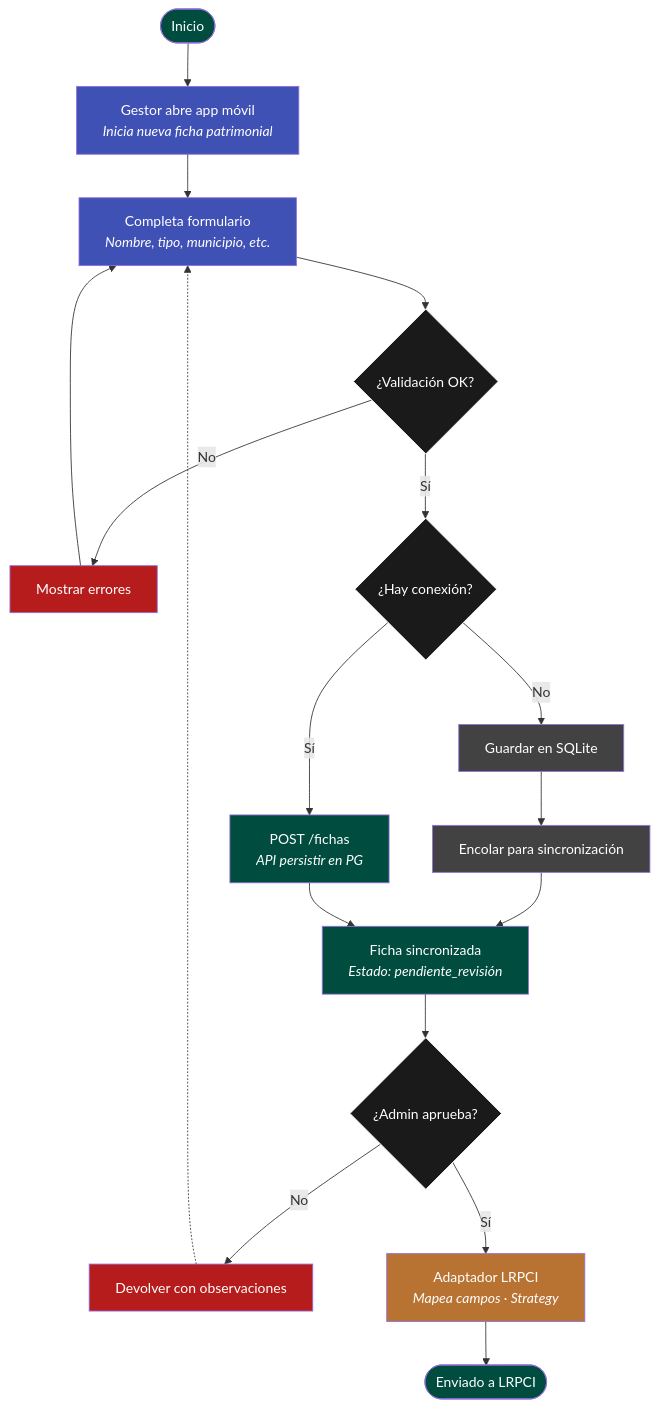
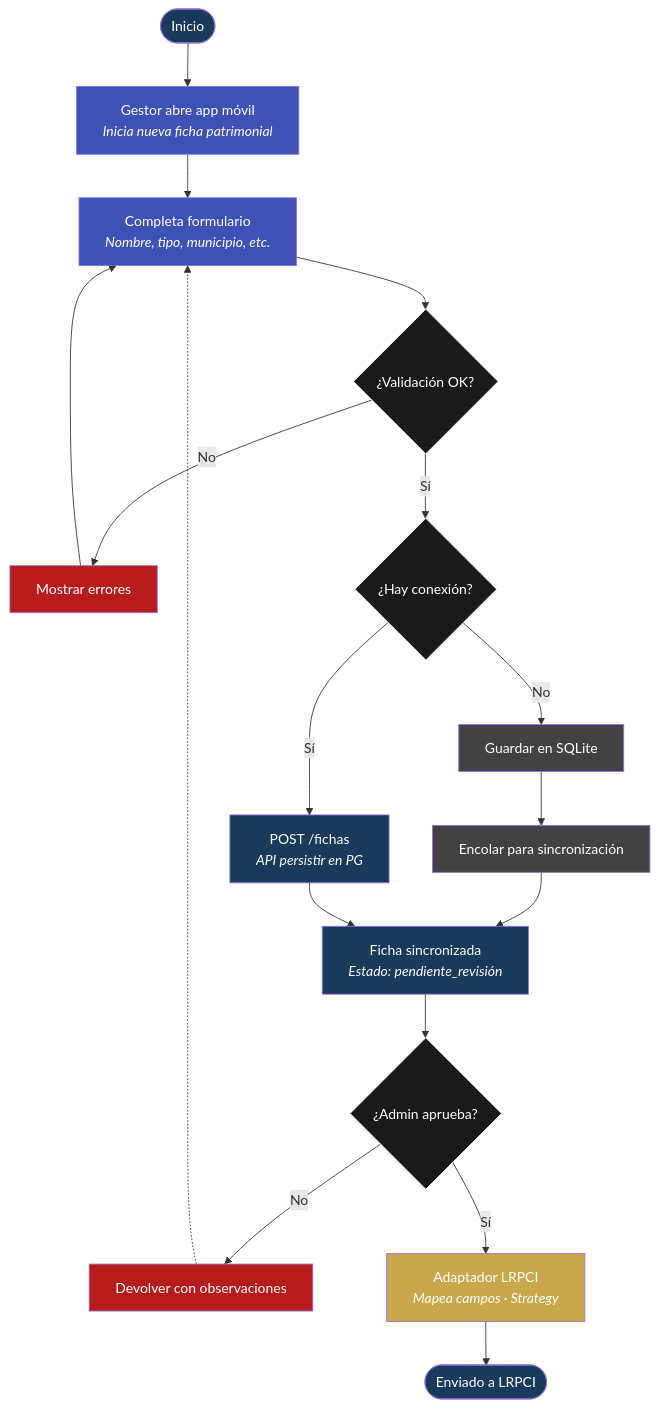
Before and after one commit to Pedroza22/PatrimoniDeNari-o: the first of 3 diagrams in Presentacion/PatrimonioNariño.md, drawn with Mermaid. The commit also changed other lines of this file, not shown here.

First line of the commit message:
docs(presentation): update architecture docs

````diff
--- a/Presentacion/PatrimonioNariño.md
+++ b/Presentacion/PatrimonioNariño.md
@@ -83,42 +90,41 @@
 ```mermaid
 graph TD
   Inicio([Inicio]) --> GestorApp[Gestor abre app móvil<br/><i>Inicia nueva ficha patrimonial</i>]
   GestorApp --> Form[Completa formulario<br/><i>Nombre, tipo, municipio, etc.</i>]
   Form --> ValidOK{¿Validación OK?}
   
   ValidOK -- No --> MostrarErr[Mostrar errores]
   MostrarErr --> Form
   
   ValidOK -- Sí --> Conex{¿Hay conexión?}
   
   Conex -- No --> SQLite[Guardar en SQLite]
   SQLite --> Encolar[Encolar para sincronización]
   Encolar --> Sincronizada
   
   Conex -- Sí --> PostAPI[POST /fichas<br/><i>API persistir en PG</i>]
   PostAPI --> Sincronizada
   
   Sincronizada[Ficha sincronizada<br/><i>Estado: pendiente_revisión</i>] --> AdminApprove{¿Admin aprueba?}
   
   AdminApprove -- No --> Devolver[Devolver con observaciones]
   Devolver -.-> Form
   
   AdminApprove -- Sí --> Adaptador[Adaptador LRPCI<br/><i>Mapea campos · Strategy</i>]
   Adaptador --> Enviado([Enviado a LRPCI])
 
-  %% Estilos
-  style Inicio fill:#004d40,color:#fff
-  style Enviado fill:#004d40,color:#fff
+  style Inicio fill:#1a3a5c,color:#fff
+  style Enviado fill:#1a3a5c,color:#fff
   style GestorApp fill:#3f51b5,color:#fff
   style Form fill:#3f51b5,color:#fff
   style ValidOK fill:#1a1a1a,color:#fff,stroke:#fff
   style MostrarErr fill:#b71c1c,color:#fff
   style Conex fill:#1a1a1a,color:#fff,stroke:#fff
   style SQLite fill:#424242,color:#fff
   style Encolar fill:#424242,color:#fff
-  style PostAPI fill:#004d40,color:#fff
-  style Sincronizada fill:#004d40,color:#fff
+  style PostAPI fill:#1a3a5c,color:#fff
+  style Sincronizada fill:#1a3a5c,color:#fff
   style AdminApprove fill:#1a1a1a,color:#fff,stroke:#fff
   style Devolver fill:#b71c1c,color:#fff
-  style Adaptador fill:#b87333,color:#fff
+  style Adaptador fill:#c8a84b,color:#fff
 ```
````
